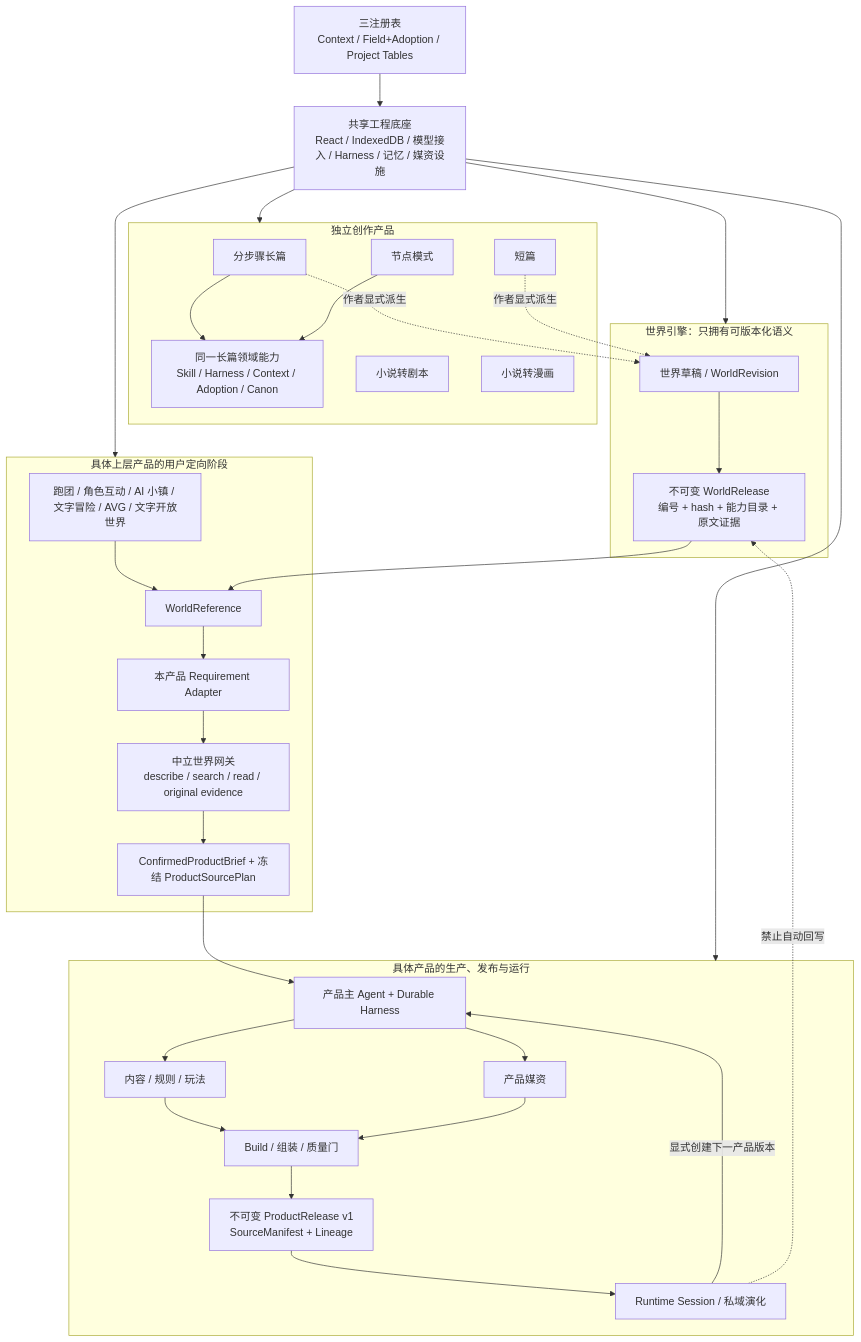
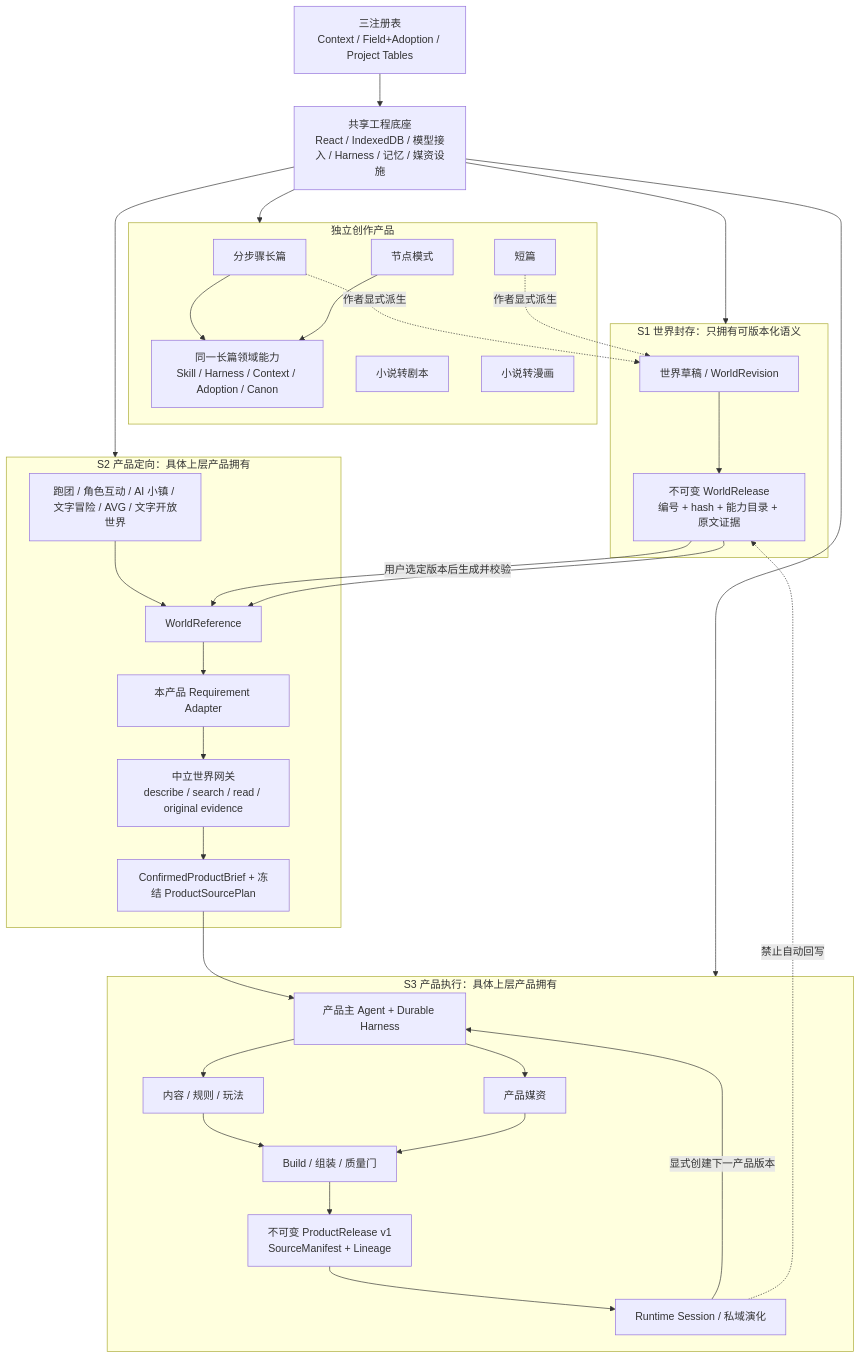
One commit to yuanbw2025/storyforge changed the first of 2 diagrams in docs/ARCHITECTURE.md. Above: the diagram before and after it, drawn with Mermaid. The commit also changed other lines of this file and 15 other files, not shown here.

Commit message:
docs(architecture): canonicalize world product stages

````diff
--- a/docs/ARCHITECTURE.md
+++ b/docs/ARCHITECTURE.md
@@ -24,53 +24,55 @@
 ```mermaid
 flowchart TB
   subgraph I["独立创作产品"]
     L["分步骤长篇"]
     N["节点模式"]
     LC["同一长篇领域能力\nSkill / Harness / Context / Adoption / Canon"]
     S["短篇"]
     A["小说转剧本"]
     C["小说转漫画"]
     L --> LC
     N --> LC
   end
 
-  subgraph W["世界引擎：只拥有可版本化语义"]
+  subgraph W["S1 世界封存：只拥有可版本化语义"]
     WD["世界草稿 / WorldRevision"] --> WR["不可变 WorldRelease\n编号 + hash + 能力目录 + 原文证据"]
   end
 
-  subgraph D["具体上层产品的用户定向阶段"]
+  subgraph D["S2 产品定向：具体上层产品拥有"]
     PI["跑团 / 角色互动 / AI 小镇 / 文字冒险 / AVG / 文字开放世界"]
     RF["WorldReference"] --> RA["本产品 Requirement Adapter"]
     RA --> GW["中立世界网关\ndescribe / search / read / original evidence"]
     GW --> BP["ConfirmedProductBrief + 冻结 ProductSourcePlan"]
     PI --> RF
   end
 
-  subgraph P["具体产品的生产、发布与运行"]
+  WR -->|"用户选定版本后生成并校验"| RF
+
+  subgraph P["S3 产品执行：具体上层产品拥有"]
     H["产品主 Agent + Durable Harness"]
     CT["内容 / 规则 / 玩法"]
     M["产品媒资"]
     B["Build / 组装 / 质量门"]
     PR["不可变 ProductRelease v1\nSourceManifest + Lineage"]
     RT["Runtime Session / 私域演化"]
     BP --> H
     H --> CT
     H --> M
     CT --> B
     M --> B
     B --> PR
     PR --> RT
     RT -->|"显式创建下一产品版本"| H
   end
 
   F["共享工程底座\nReact / IndexedDB / 模型接入 / Harness / 记忆 / 媒资设施"]
   R["三注册表\nContext / Field+Adoption / Project Tables"] --> F
   F --> I
   F --> W
   F --> D
   F --> P
   L -. "作者显式派生" .-> WD
   S -. "作者显式派生" .-> WD
   WR --> RF
   RT -. "禁止自动回写" .-> WR
 ```
````
